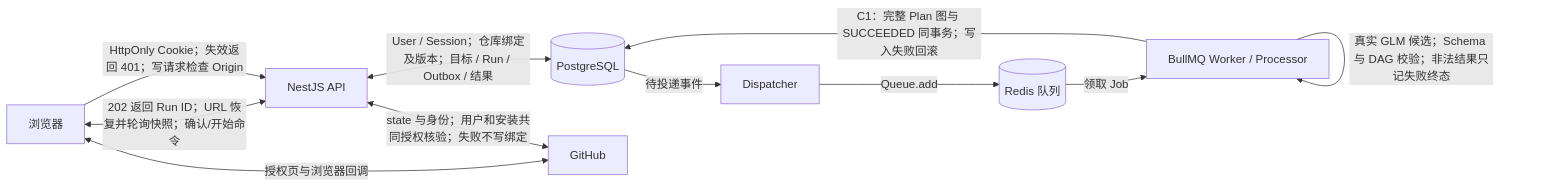
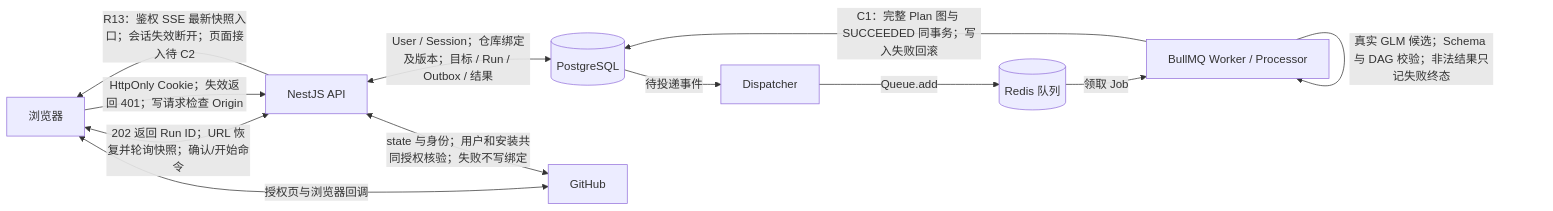
The diagram in docs/KnowledgeOps-Agent-逐日开发计划.md (Gerden31145/KnowledgeOps-Agent), drawn with Mermaid before and after one commit. The commit also changed other lines of this file and 18 other files, not shown here.

````diff
--- a/docs/KnowledgeOps-Agent-逐日开发计划.md
+++ b/docs/KnowledgeOps-Agent-逐日开发计划.md
@@ -144,13 +144,14 @@
 ```mermaid
 flowchart LR
     Web[浏览器] <-->|202 返回 Run ID；URL 恢复并轮询快照；确认/开始命令| API[NestJS API]
+    API -->|R13：鉴权 SSE 最新快照入口；会话失效断开；页面接入待 C2| Web
     API <-->|User / Session；仓库绑定及版本；目标 / Run / Outbox / 结果| DB[(PostgreSQL)]
     Web <-->|授权页与浏览器回调| GitHub[GitHub]
     API <-->|state 与身份；用户和安装共同授权核验；失败不写绑定| GitHub
     Web -->|HttpOnly Cookie；失效返回 401；写请求检查 Origin| API
     DB -->|待投递事件| Dispatcher[Dispatcher]
     Dispatcher -->|Queue.add| Redis[(Redis 队列)]
     Redis -->|领取 Job| Worker[BullMQ Worker / Processor]
     Worker -->|真实 GLM 候选；Schema 与 DAG 校验；非法结果只记失败终态| Worker
     Worker -->|C1：完整 Plan 图与 SUCCEEDED 同事务；写入失败回滚| DB
 ```
````
